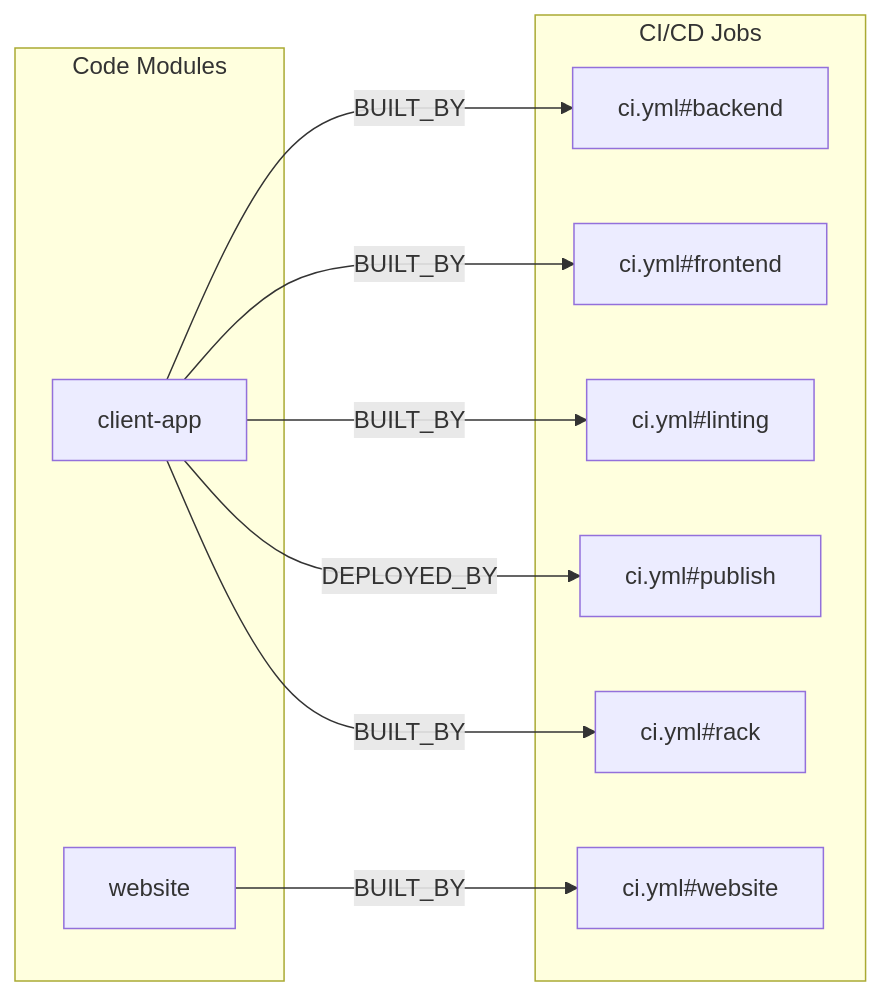
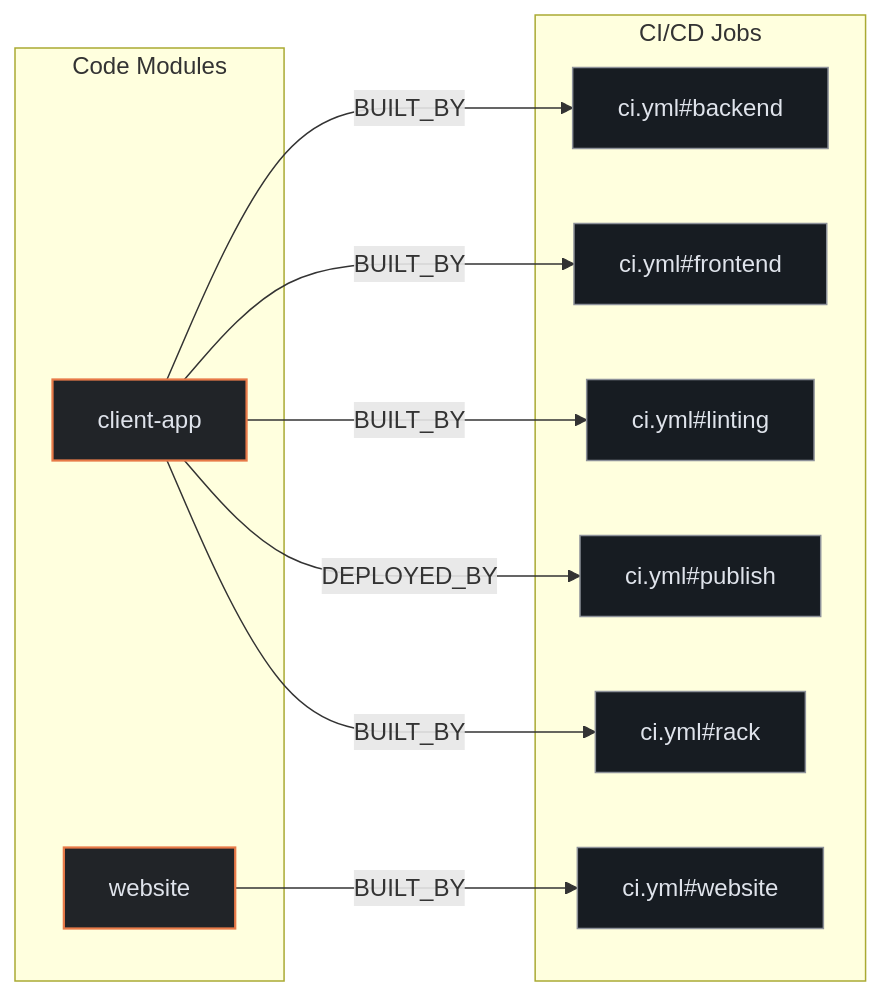
One commit to kumarshaz/atruss-code-atlas changed the second of 3 diagrams in exports/latest/reports/discourse-logster-report.md. Above: the diagram before and after it, drawn with Mermaid. The commit also changed other lines of this file and 331 other files, not shown here.

Commit message:
docs,ui,fix: update SDLC docs, reorder CI/CD DAG first, stylize Mermaid, and fix Arc42 pipeline topology

````diff
--- a/exports/latest/reports/discourse-logster-report.md
+++ b/exports/latest/reports/discourse-logster-report.md
@@ -187,21 +194,25 @@
 ```mermaid
 flowchart LR
+    classDef atlasCategory fill:#212428,stroke:#E87A48,stroke-width:1.5px,color:#dfe3eb
+    classDef atlasWorkflow fill:#1b2026,stroke:#a3c9ff,stroke-width:1.5px,color:#dfe3eb
+    classDef atlasJob fill:#171c22,stroke:#8d9199,stroke-width:1px,color:#dfe3eb
+    classDef atlasTarget fill:#005227,stroke:#8bd99b,stroke-width:1.5px,color:#a7f6b6
     subgraph code_modules["Code Modules"]
-        mod_client_app["client-app"]
-        mod_website["website"]
+        mod_client_app["client-app"]:::atlasCategory
+        mod_website["website"]:::atlasCategory
     end
     subgraph ci_jobs["CI/CD Jobs"]
-        job_ci_yml_backend["ci.yml#backend"]
-        job_ci_yml_frontend["ci.yml#frontend"]
-        job_ci_yml_linting["ci.yml#linting"]
-        job_ci_yml_publish["ci.yml#publish"]
-        job_ci_yml_rack["ci.yml#rack"]
-        job_ci_yml_website["ci.yml#website"]
+        job_ci_yml_backend["ci.yml#backend"]:::atlasJob
+        job_ci_yml_frontend["ci.yml#frontend"]:::atlasJob
+        job_ci_yml_linting["ci.yml#linting"]:::atlasJob
+        job_ci_yml_publish["ci.yml#publish"]:::atlasJob
+        job_ci_yml_rack["ci.yml#rack"]:::atlasJob
+        job_ci_yml_website["ci.yml#website"]:::atlasJob
     end
     mod_client_app -->|BUILT_BY| job_ci_yml_backend
     mod_client_app -->|BUILT_BY| job_ci_yml_frontend
     mod_client_app -->|BUILT_BY| job_ci_yml_linting
     mod_client_app -->|BUILT_BY| job_ci_yml_rack
     mod_client_app -->|DEPLOYED_BY| job_ci_yml_publish
     mod_website -->|BUILT_BY| job_ci_yml_website
 ```
````
